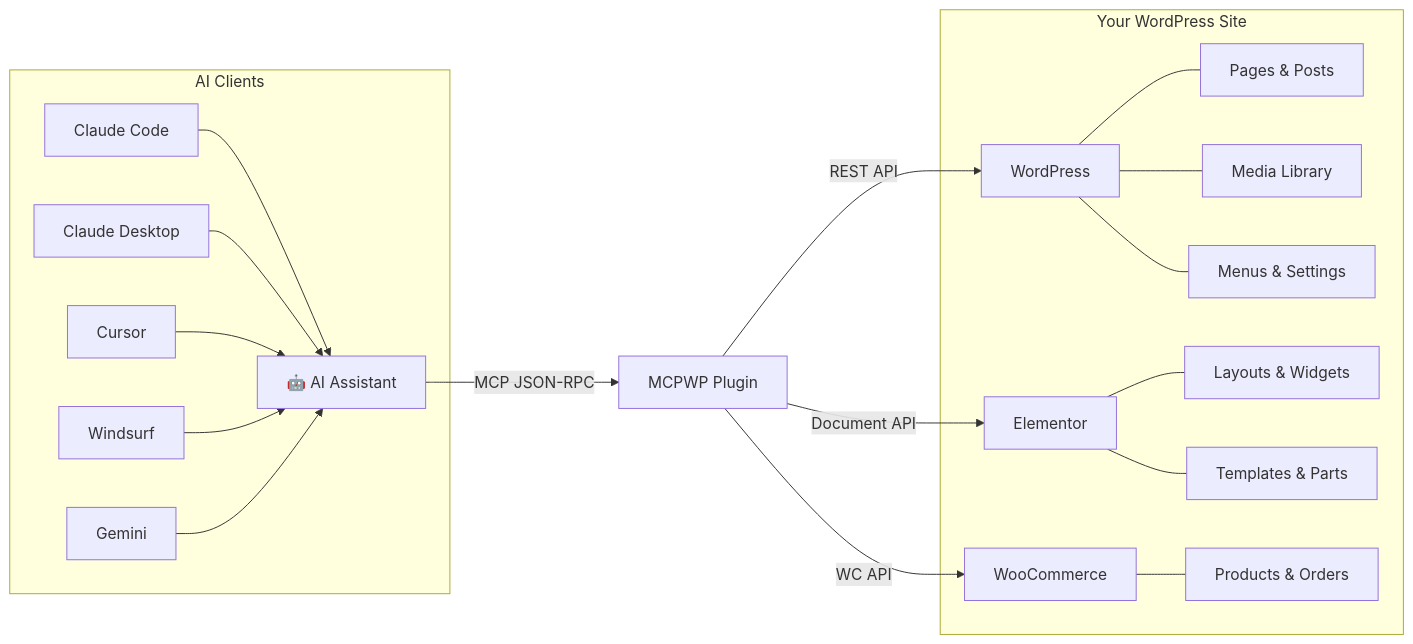
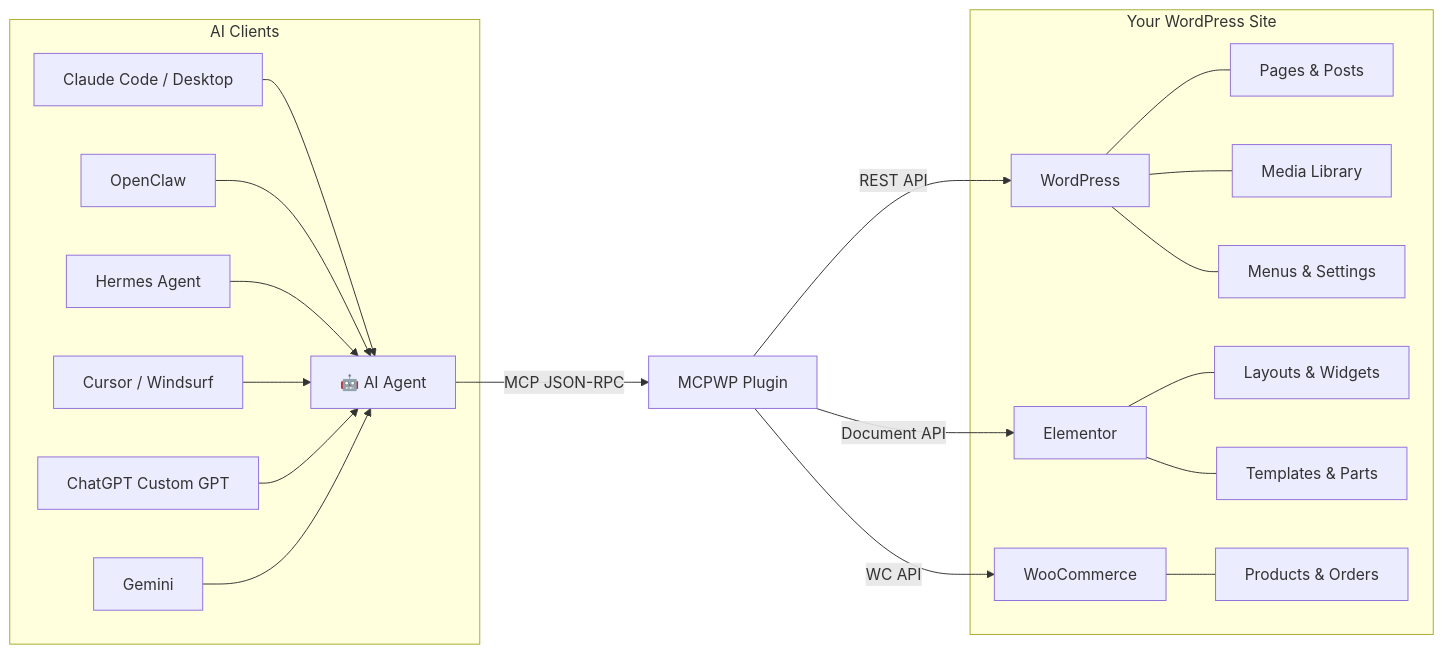
The first of 2 diagrams in README.md (Mumega-com/mcpwp), drawn with Mermaid before and after one commit. The commit also changed other lines of this file and 1 other file, not shown here.

First line of the commit message:
docs: update README for v2.8.49 + add OpenClaw ClawHub skill

````diff
--- a/README.md
+++ b/README.md
@@ -45,24 +42,25 @@
 ```mermaid
 graph LR
-    A[🤖 AI Assistant] -->|MCP JSON-RPC| B[MCPWP Plugin]
+    A[🤖 AI Agent] -->|MCP JSON-RPC| B[MCPWP Plugin]
     B -->|REST API| C[WordPress]
     B -->|Document API| D[Elementor]
     B -->|WC API| E[WooCommerce]
-    
+
     subgraph "Your WordPress Site"
         C --- F[Pages & Posts]
         C --- G[Media Library]
         C --- H[Menus & Settings]
         D --- I[Layouts & Widgets]
         D --- J[Templates & Parts]
         E --- K[Products & Orders]
     end
-    
+
     subgraph "AI Clients"
-        L[Claude Code] --> A
-        M[Claude Desktop] --> A
-        N[Cursor] --> A
-        O[Windsurf] --> A
-        P[Gemini] --> A
+        L[Claude Code / Desktop] --> A
+        M[OpenClaw] --> A
+        N[Hermes Agent] --> A
+        O[Cursor / Windsurf] --> A
+        P[ChatGPT Custom GPT] --> A
+        Q[Gemini] --> A
     end
 ```
````
